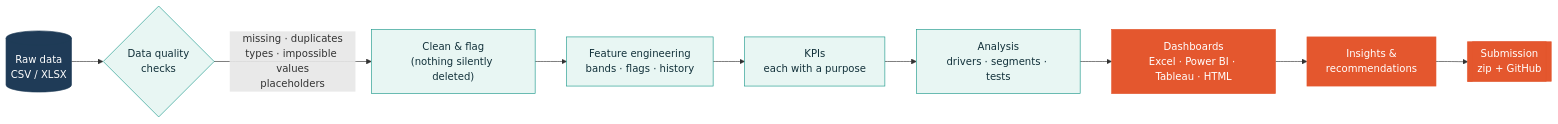
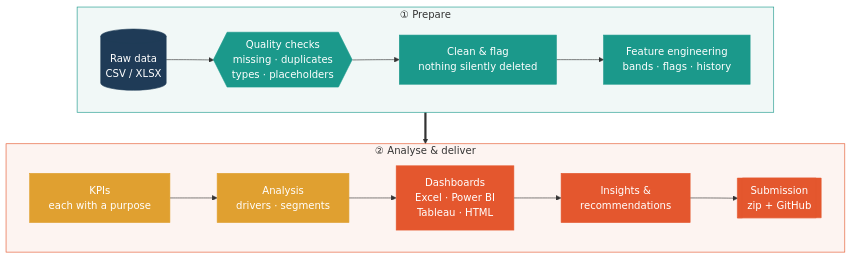
The second of 2 diagrams in README.md (Nahla-Nabil/data-analyst-tasks), drawn with Mermaid before and after one commit. The commit also changed other lines of this file and 24 other files, not shown here.

Commit message:
README redesign: stats and skills cards, colored task headers as section dividers, timeline, two-row workflow diagram

````diff
--- a/README.md
+++ b/README.md
@@ -40,18 +82,28 @@
 ```mermaid
-flowchart LR
-    A[("Raw data<br/>CSV / XLSX")] --> B{"Data quality<br/>checks"}
-    B -->|missing · duplicates<br/>types · impossible values<br/>placeholders| C["Clean & flag<br/>(nothing silently deleted)"]
-    C --> D["Feature engineering<br/>bands · flags · history"]
-    D --> E["KPIs<br/>each with a purpose"]
-    E --> F["Analysis<br/>drivers · segments · tests"]
-    F --> G["Dashboards<br/>Excel · Power BI · Tableau · HTML"]
-    G --> H["Insights &<br/>recommendations"]
-    H --> I[["Submission<br/>zip + GitHub"]]
+flowchart TB
+    subgraph P1["① Prepare"]
+        direction LR
+        A[("Raw data<br/>CSV / XLSX")] --> B{{"Quality checks<br/>missing · duplicates<br/>types · placeholders"}}
+        B --> C["Clean & flag<br/>nothing silently deleted"]
+        C --> D["Feature engineering<br/>bands · flags · history"]
+    end
+    subgraph P2["② Analyse & deliver"]
+        direction LR
+        E["KPIs<br/>each with a purpose"] --> F["Analysis<br/>drivers · segments"]
+        F --> G["Dashboards<br/>Excel · Power BI<br/>Tableau · HTML"]
+        G --> H["Insights &<br/>recommendations"]
+        H --> I[["Submission<br/>zip + GitHub"]]
+    end
+    P1 ==> P2
 
     classDef data fill:#1F3B57,stroke:#1F3B57,color:#fff
-    classDef work fill:#E8F6F3,stroke:#1B998B,color:#12313a
+    classDef clean fill:#1B998B,stroke:#1B998B,color:#fff
+    classDef kpi fill:#E0A030,stroke:#E0A030,color:#fff
     classDef out fill:#E4572E,stroke:#E4572E,color:#fff
     class A data
-    class B,C,D,E,F work
+    class B,C,D clean
+    class E,F kpi
     class G,H,I out
+    style P1 fill:#F1F8F7,stroke:#1B998B,stroke-width:1px
+    style P2 fill:#FDF4F1,stroke:#E4572E,stroke-width:1px
 ```
````
